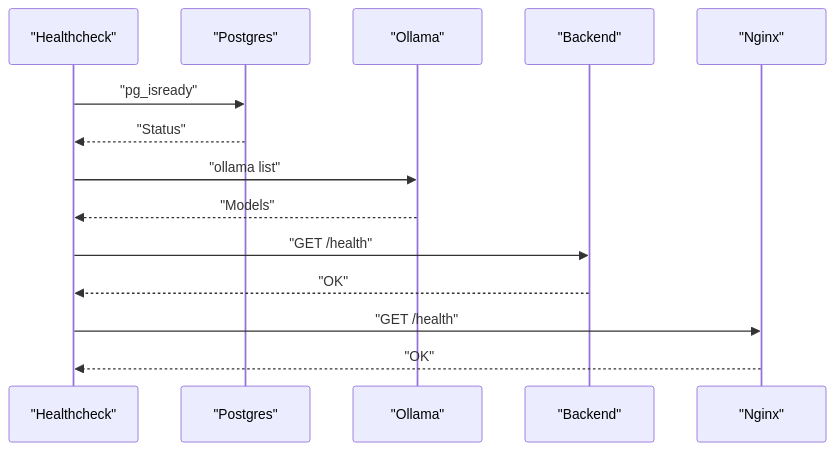
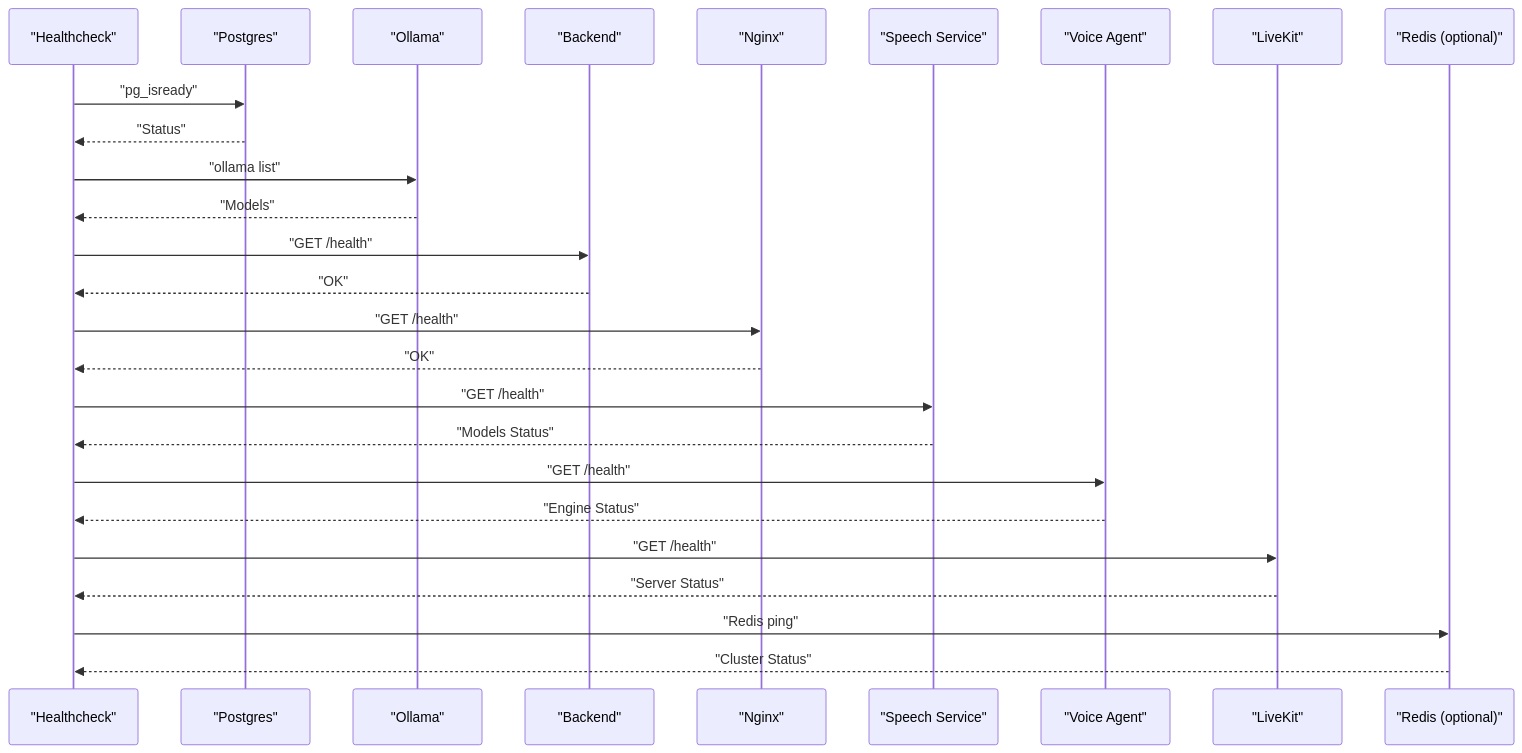
Before and after one commit to Revanththetalogics/aireume: diagram 12 of 12 in .qoder/repowiki/en/content/Deployment & DevOps/Docker Configuration.md, drawn with Mermaid. The commit also changed other lines of this file and 39 other files, not shown here.

````diff
--- a/.qoder/repowiki/en/content/Deployment & DevOps/Docker Configuration.md
+++ b/.qoder/repowiki/en/content/Deployment & DevOps/Docker Configuration.md
@@ -407,16 +648,28 @@
 ```mermaid
 sequenceDiagram
 participant HC as "Healthcheck"
 participant PG as "Postgres"
 participant OL as "Ollama"
 participant BE as "Backend"
 participant NG as "Nginx"
+participant SS as "Speech Service"
+participant VA as "Voice Agent"
+participant LK as "LiveKit"
+participant RS as "Redis (optional)"
 HC->>PG : "pg_isready"
 PG-->>HC : "Status"
 HC->>OL : "ollama list"
 OL-->>HC : "Models"
 HC->>BE : "GET /health"
 BE-->>HC : "OK"
 HC->>NG : "GET /health"
 NG-->>HC : "OK"
+HC->>SS : "GET /health"
+SS-->>HC : "Models Status"
+HC->>VA : "GET /health"
+VA-->>HC : "Engine Status"
+HC->>LK : "GET /health"
+LK-->>HC : "Server Status"
+HC->>RS : "Redis ping"
+RS-->>HC : "Cluster Status"
 ```
````
